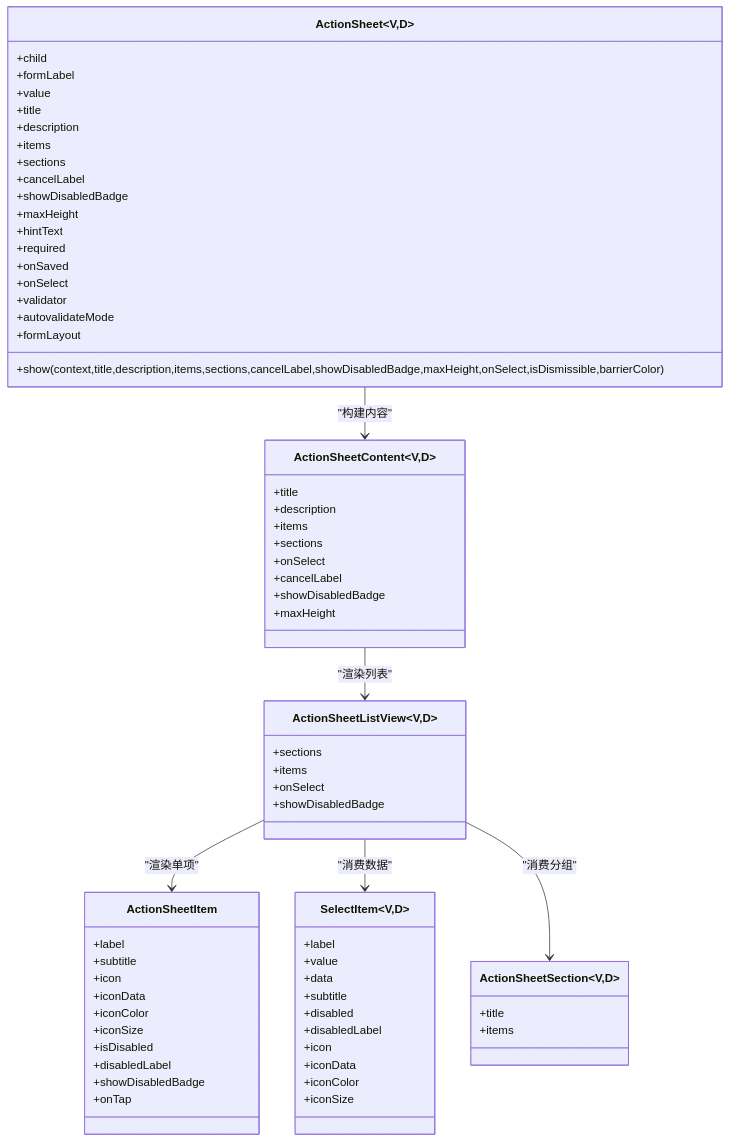
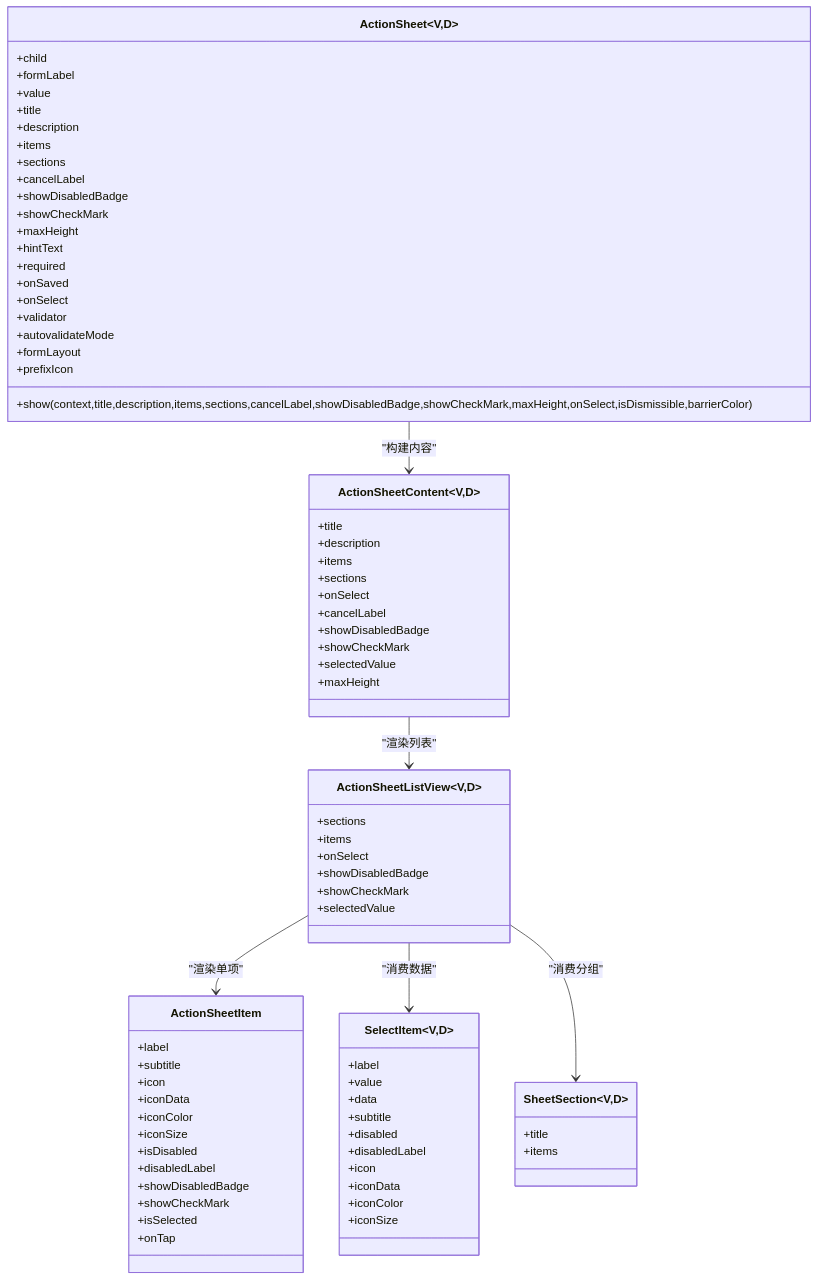
Before and after one commit to yuzhido/lite-ui: the second of 4 diagrams in .qoder/repowiki/zh/content/业务组件/ActionSheet 底部弹窗.md, drawn with Mermaid. The commit also changed other lines of this file and 26 other files, not shown here.

````diff
--- a/.qoder/repowiki/zh/content/业务组件/ActionSheet 底部弹窗.md
+++ b/.qoder/repowiki/zh/content/业务组件/ActionSheet 底部弹窗.md
@@ -100,72 +106,80 @@
 ```mermaid
 classDiagram
 class ActionSheet~V,D~ {
 +child
 +formLabel
 +value
 +title
 +description
 +items
 +sections
 +cancelLabel
 +showDisabledBadge
++showCheckMark
 +maxHeight
 +hintText
 +required
 +onSaved
 +onSelect
 +validator
 +autovalidateMode
 +formLayout
-+show(context,title,description,items,sections,cancelLabel,showDisabledBadge,maxHeight,onSelect,isDismissible,barrierColor)
++prefixIcon
++show(context,title,description,items,sections,cancelLabel,showDisabledBadge,showCheckMark,maxHeight,onSelect,isDismissible,barrierColor)
 }
 class ActionSheetContent~V,D~ {
 +title
 +description
 +items
 +sections
 +onSelect
 +cancelLabel
 +showDisabledBadge
++showCheckMark
++selectedValue
 +maxHeight
 }
 class ActionSheetListView~V,D~ {
 +sections
 +items
 +onSelect
 +showDisabledBadge
++showCheckMark
++selectedValue
 }
 class ActionSheetItem {
 +label
 +subtitle
 +icon
 +iconData
 +iconColor
 +iconSize
 +isDisabled
 +disabledLabel
 +showDisabledBadge
++showCheckMark
++isSelected
 +onTap
 }
 class SelectItem~V,D~ {
 +label
 +value
 +data
 +subtitle
 +disabled
 +disabledLabel
 +icon
 +iconData
 +iconColor
 +iconSize
 }
-class ActionSheetSection~V,D~ {
+class SheetSection~V,D~ {
 +title
 +items
 }
 ActionSheet --> ActionSheetContent : "构建内容"
 ActionSheetContent --> ActionSheetListView : "渲染列表"
 ActionSheetListView --> ActionSheetItem : "渲染单项"
 ActionSheetListView --> SelectItem : "消费数据"
-ActionSheetListView --> ActionSheetSection : "消费分组"
+ActionSheetListView --> SheetSection : "消费分组"
 ```
````
